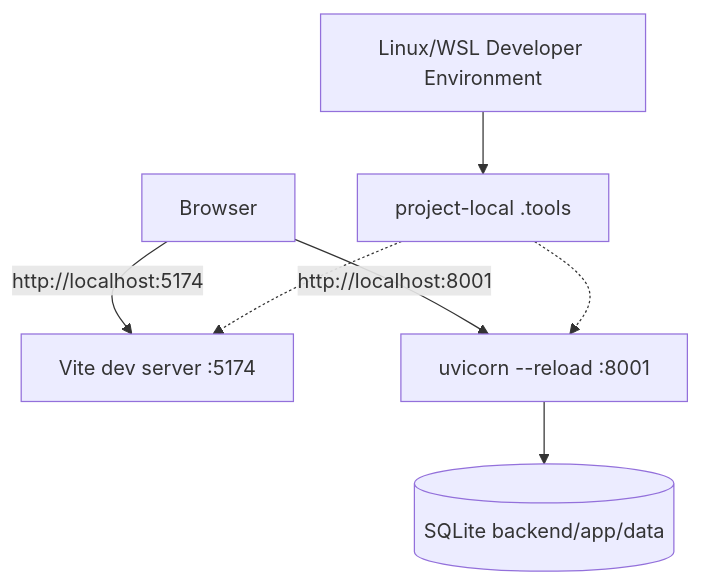
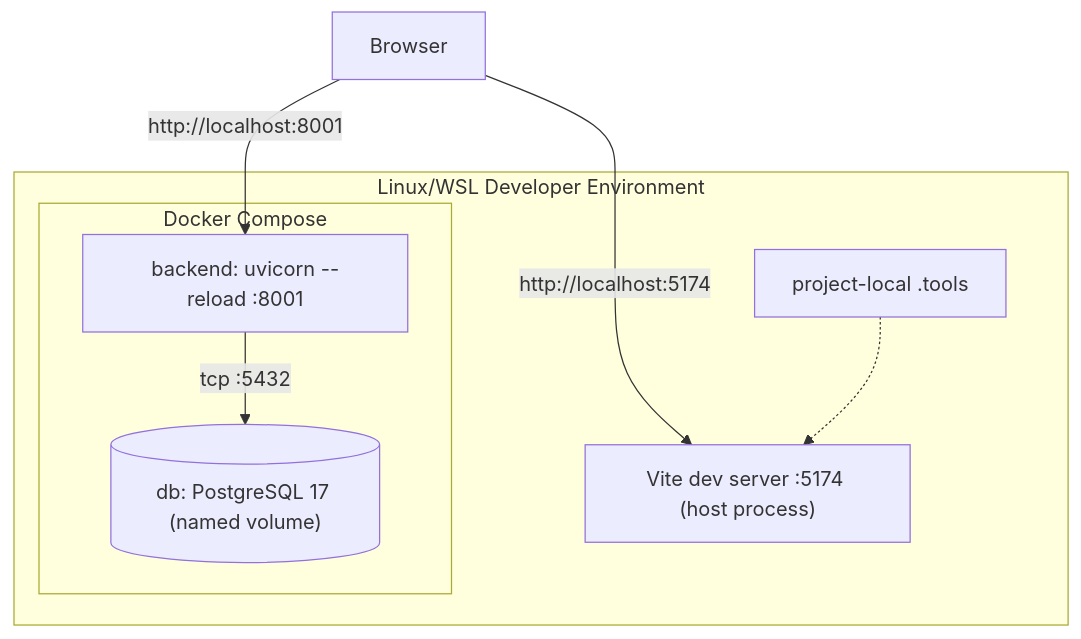
The diagram in docs/deliverables/architecture/02_deployment_design.md (KokiNakano2nd/ec2site), drawn with Mermaid before and after one commit. The commit also changed other lines of this file and 16 other files, not shown here.

````diff
--- a/docs/deliverables/architecture/02_deployment_design.md
+++ b/docs/deliverables/architecture/02_deployment_design.md
@@ -17,16 +17,17 @@
 ```mermaid
 flowchart TB
-    Host["Linux/WSL Developer Environment"]
     Browser["Browser"]
-    Frontend["Vite dev server :5174"]
-    Backend["uvicorn --reload :8001"]
-    DB[("SQLite backend/app/data")]
-    Tools["project-local .tools"]
+    subgraph Host["Linux/WSL Developer Environment"]
+        Frontend["Vite dev server :5174 (host process)"]
+        Tools["project-local .tools"]
+        subgraph Compose["Docker Compose"]
+            Backend["backend: uvicorn --reload :8001"]
+            DB[("db: PostgreSQL 17 (named volume)")]
+        end
+    end
 
     Browser -->|http://localhost:5174| Frontend
     Browser -->|http://localhost:8001| Backend
-    Backend --> DB
+    Backend -->|"tcp :5432"| DB
     Tools -.-> Frontend
-    Tools -.-> Backend
-    Host --> Tools
 ```
````
